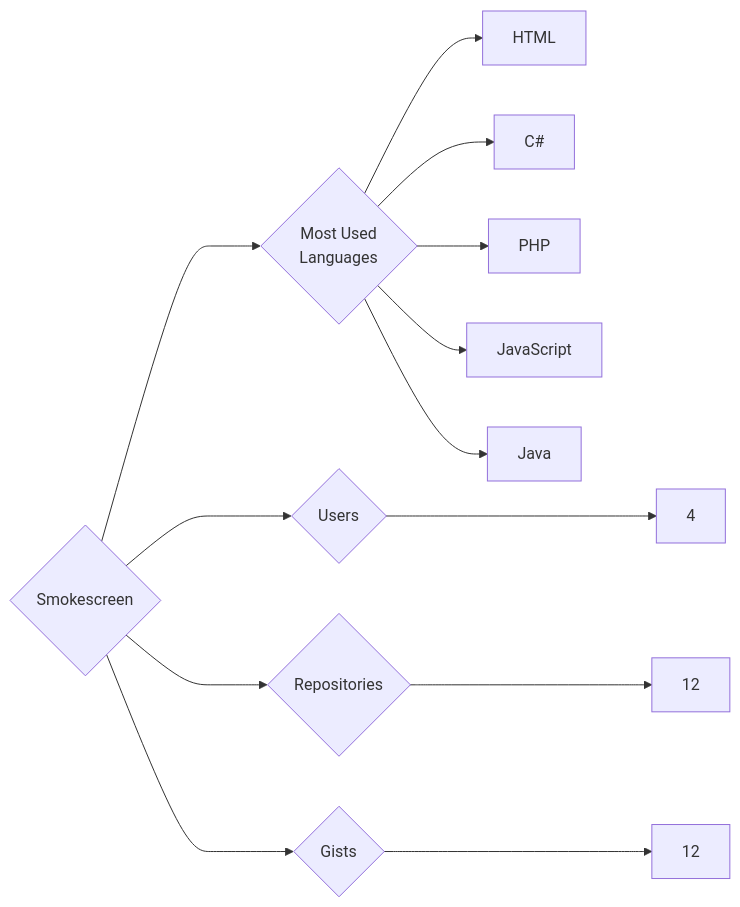
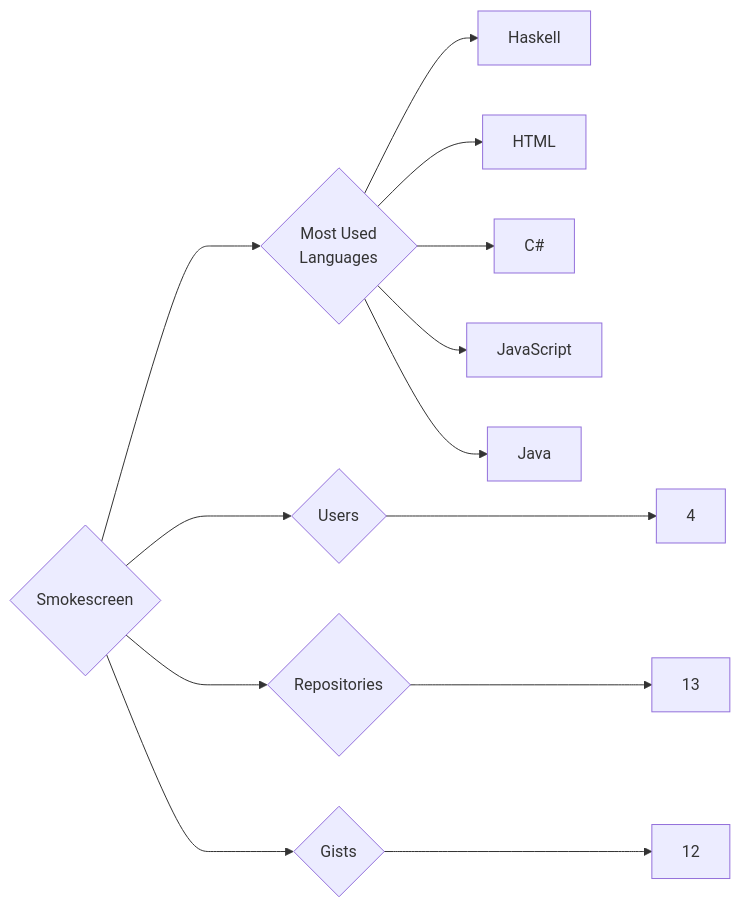
Before and after one commit to trickest/insiders: the diagram in targets/Smokescreen/README.md, drawn with Mermaid. The commit also changed 725 other files, not shown here.

````diff
--- a/targets/Smokescreen/README.md
+++ b/targets/Smokescreen/README.md
@@ -3,13 +3,13 @@
 ```mermaid
 graph LR
 COMPANY_NAME{Smokescreen}
 COMPANY_NAME ---> U{Users} ---> UN[4]
-COMPANY_NAME ---> R{Repositories} ---> RN[12]
+COMPANY_NAME ---> R{Repositories} ---> RN[13]
 COMPANY_NAME ---> G{Gists} ---> GN[12]
 COMPANY_NAME ---> ML{Most Used<br>Languages}
+ML --> Haskell[Haskell]
 ML --> HTML[HTML]
 ML --> C#[C#]
-ML --> PHP[PHP]
 ML --> JavaScript[JavaScript]
 ML --> Java[Java]
 ```
````
